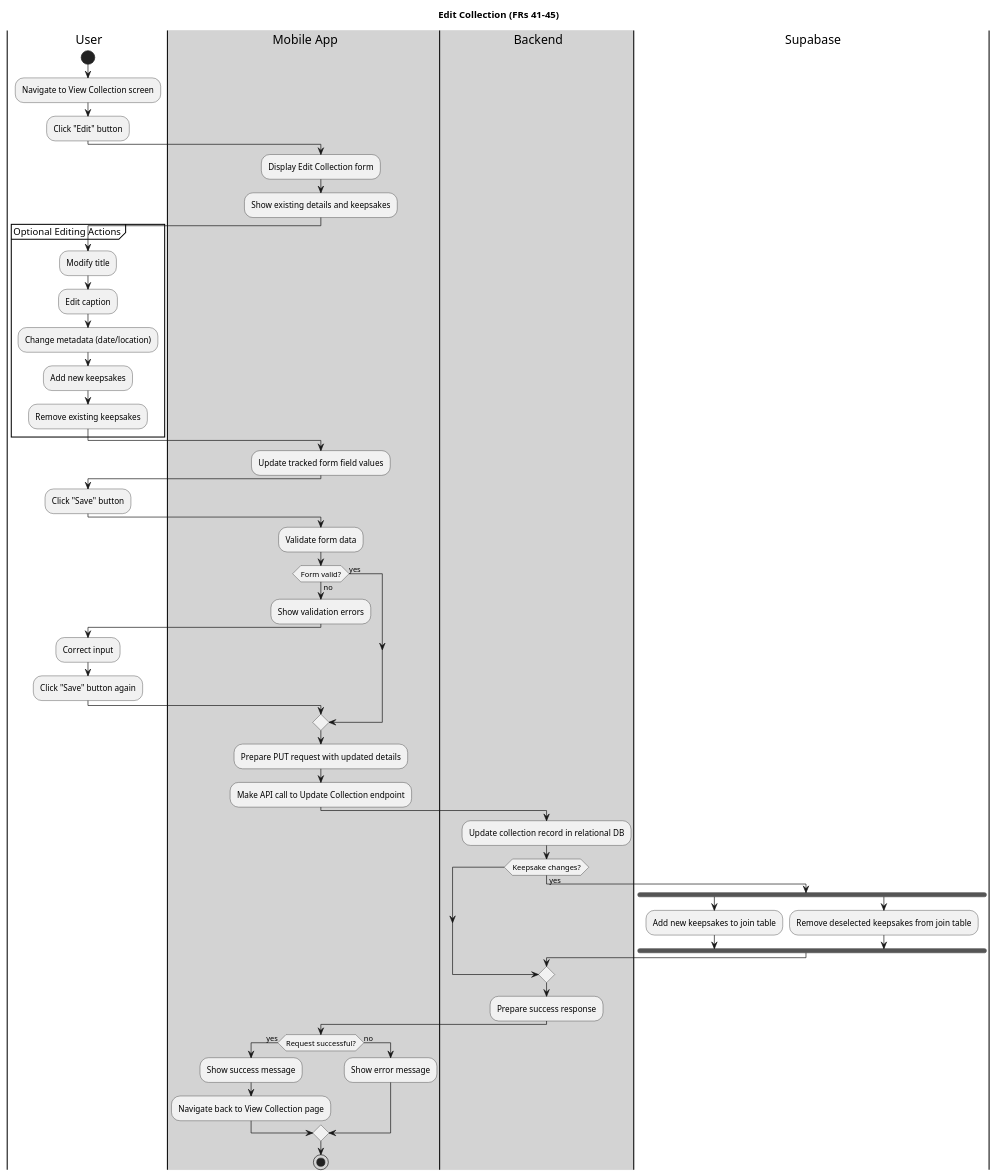
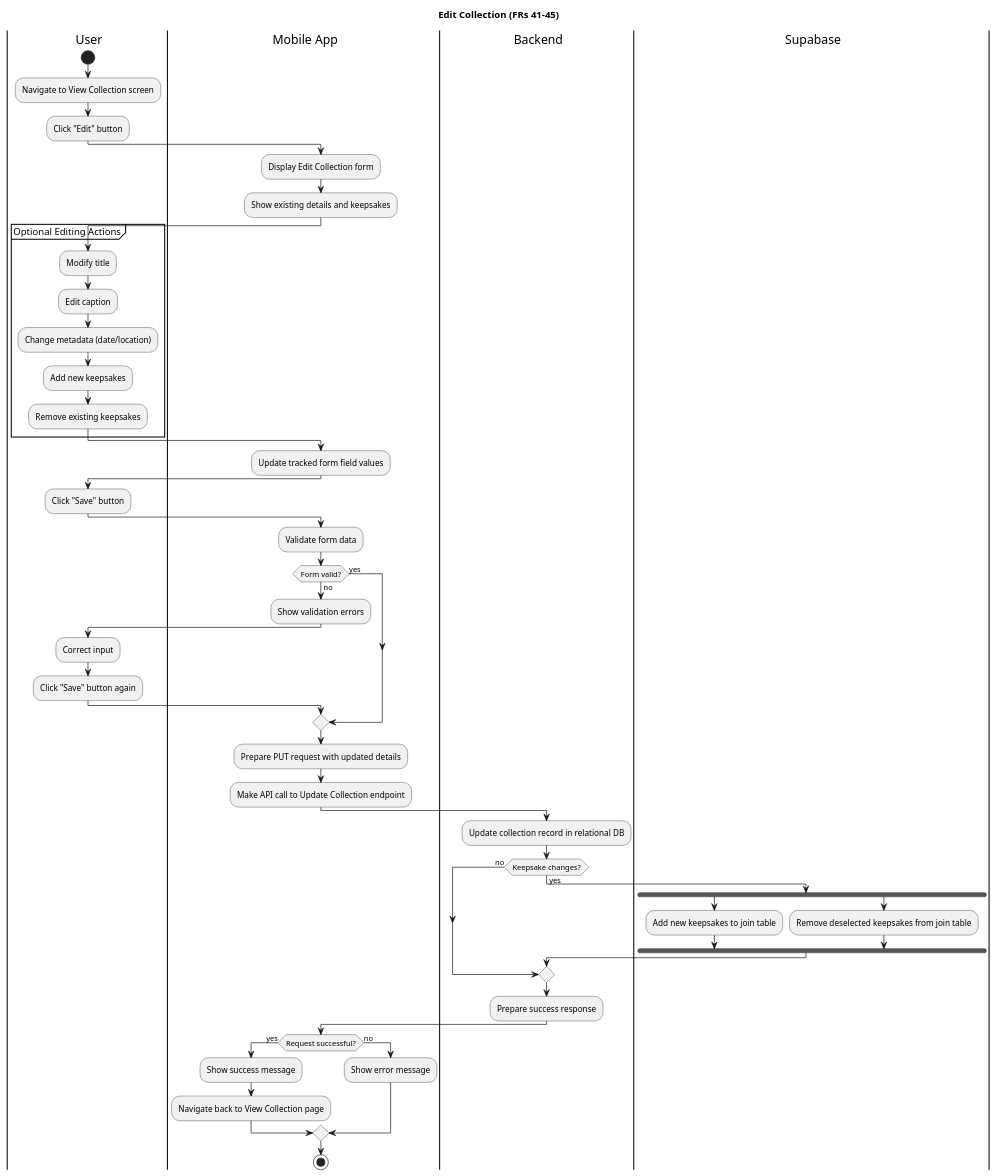
Before and after one commit to owencooke/memento: the diagram in docs/activity/edit-collection.puml, drawn with PlantUML. The commit also changed 14 other files, not shown here.

```diff
--- a/docs/activity/edit-collection.puml
+++ b/docs/activity/edit-collection.puml
@@ -1,70 +1,71 @@
 @startuml
 title Edit Collection (FRs 41-45)
 
 |user| User
-|#lightgray|mobile| Mobile App
-|#lightgray|backend| Backend
+|mobile| Mobile App
+|backend| Backend
 |db| Supabase
 
 |user|
 start
 :Navigate to View Collection screen;
 :Click "Edit" button;
 
 |mobile|
 :Display Edit Collection form;
 :Show existing details and keepsakes;
 
 partition "Optional Editing Actions" {
   |user|
   :Modify title;
   :Edit caption;
   :Change metadata (date/location);
   :Add new keepsakes;
   :Remove existing keepsakes;
 }
 |mobile|
 :Update tracked form field values;
 
 |user|
 :Click "Save" button;
 
 |mobile|
 :Validate form data;
 if (Form valid?) is (no) then
   :Show validation errors;
   |user|
   :Correct input;
   :Click "Save" button again;
 |mobile|
 else (yes)
 endif
 
 :Prepare PUT request with updated details;
 :Make API call to Update Collection endpoint;
 
 |backend|
 :Update collection record in relational DB;
 
 if (Keepsake changes?) is (yes) then
   |db|
   fork
     :Add new keepsakes to join table;
   fork again
     :Remove deselected keepsakes from join table;
   end fork
+else (no)
 endif
 
 |backend|
 :Prepare success response;
 
 |mobile|
 if (Request successful?) is (yes) then
   :Show success message;
   :Navigate back to View Collection page;
 else (no)
   :Show error message;
 endif
 
 stop
 @enduml
```
